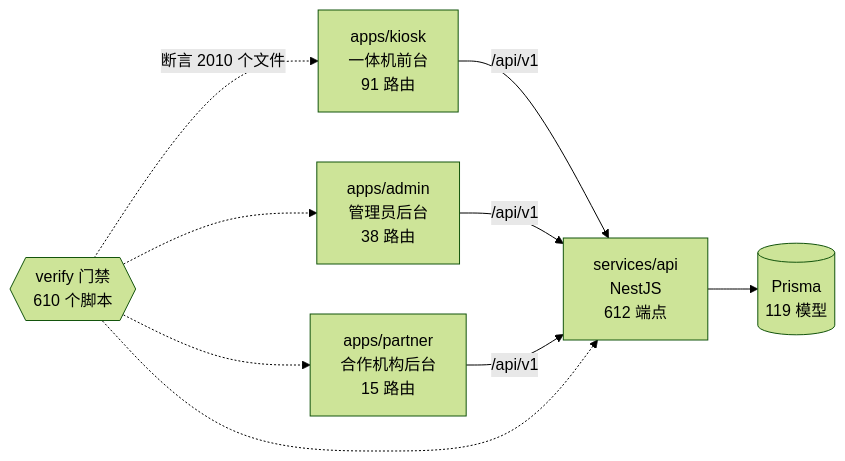
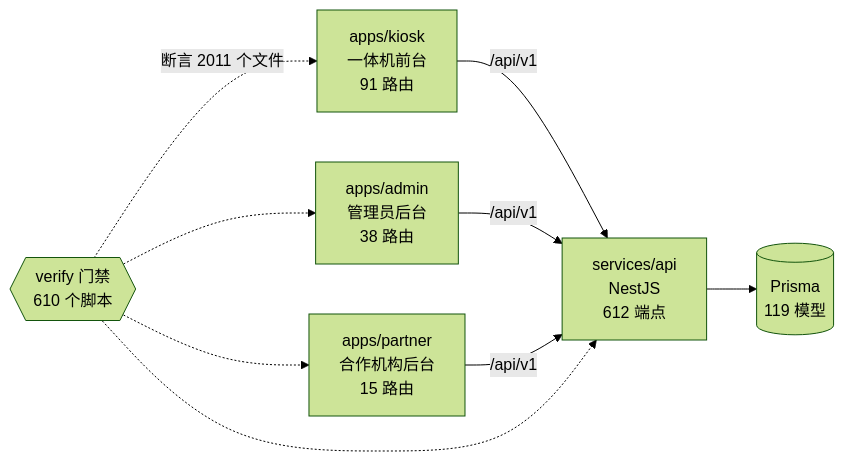
One commit to wanglei581/YITIJI changed the diagram in docs/graph/README.md. Above: the diagram before and after it, drawn with Mermaid (forest theme). The commit also changed other lines of this file and 27 other files, not shown here.

````diff
--- a/docs/graph/README.md
+++ b/docs/graph/README.md
@@ -68,18 +68,18 @@
 ```mermaid
 flowchart LR
   kiosk["apps/kiosk<br/>一体机前台<br/>91 路由"]
   admin["apps/admin<br/>管理员后台<br/>38 路由"]
   partner["apps/partner<br/>合作机构后台<br/>15 路由"]
   api["services/api<br/>NestJS<br/>612 端点"]
   db[("Prisma<br/>119 模型")]
   gates{{"verify 门禁<br/>610 个脚本"}}
 
   kiosk -->|"/api/v1"| api
   admin -->|"/api/v1"| api
   partner -->|"/api/v1"| api
   api --> db
-  gates -.->|"断言 2010 个文件"| kiosk
+  gates -.->|"断言 2011 个文件"| kiosk
   gates -.-> admin
   gates -.-> partner
   gates -.-> api
 ```
````
